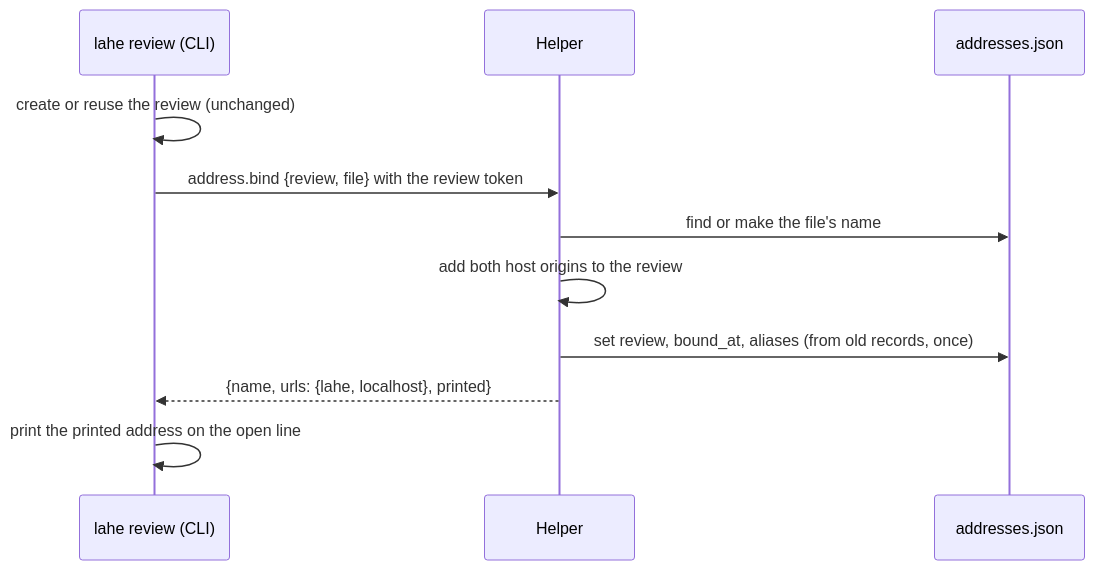
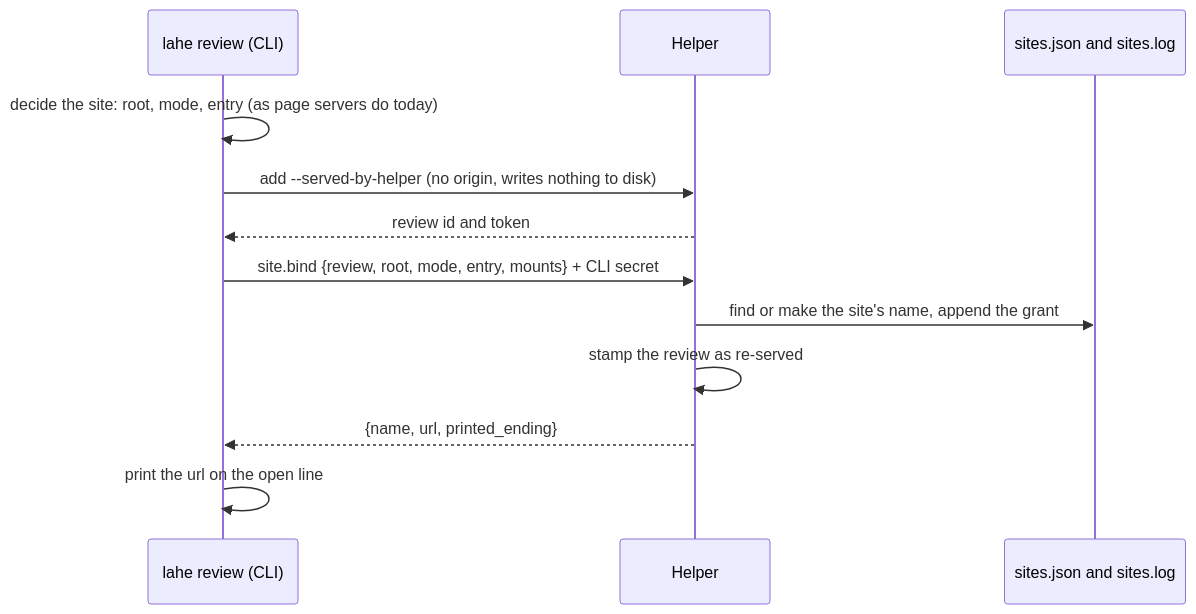
One commit to kenxle/live-agentic-html-editor changed the second of 3 diagrams in docs/features/20261011.02_stable_addresses/02_architecture_stable_addresses.md. Above: the diagram before and after it, drawn with Mermaid. The commit also changed other lines of this file and 5 other files, not shown here.

Commit message:
Stable addresses: architecture reworked after architect and security reviews; brief follows

````diff
--- a/docs/features/20261011.02_stable_addresses/02_architecture_stable_addresses.md
+++ b/docs/features/20261011.02_stable_addresses/02_architecture_stable_addresses.md
@@ -103,13 +129,14 @@
 ```mermaid
 sequenceDiagram
     participant C as lahe review (CLI)
     participant H as Helper
-    participant R as addresses.json
-    C->>C: create or reuse the review (unchanged)
-    C->>H: address.bind {review, file} with the review token
-    H->>R: find or make the file's name
-    H->>H: add both host origins to the review
-    H->>R: set review, bound_at, aliases (from old records, once)
-    H-->>C: {name, urls: {lahe, localhost}, printed}
-    C->>C: print the printed address on the open line
+    participant S as sites.json and sites.log
+    C->>C: decide the site: root, mode, entry (as page servers do today)
+    C->>H: add --served-by-helper (no origin, writes nothing to disk)
+    H-->>C: review id and token
+    C->>H: site.bind {review, root, mode, entry, mounts} + CLI secret
+    H->>S: find or make the site's name, append the grant
+    H->>H: stamp the review as re-served
+    H-->>C: {name, url, printed_ending}
+    C->>C: print the url on the open line
 ```
````
